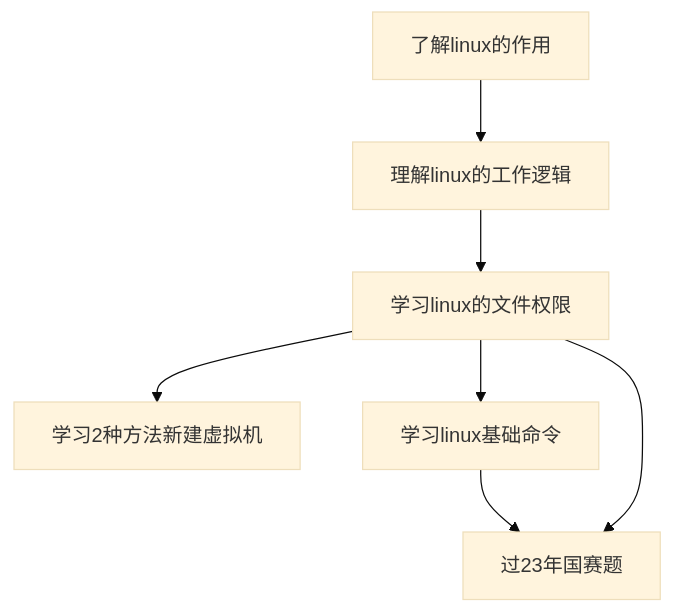
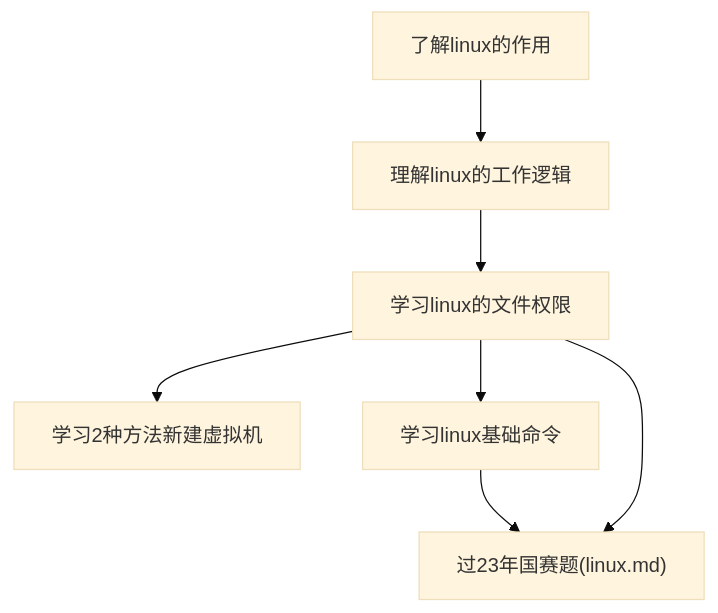
The diagram in linux_note/README_linux.md (ICrazybabyI/note), drawn with Mermaid (base theme) before and after one commit. The commit also changed other lines of this file, not shown here.

Commit message:
vault backup: 2026-04-26 21:49:35

````diff
--- a/linux_note/README_linux.md
+++ b/linux_note/README_linux.md
@@ -2,9 +2,9 @@
 ```mermaid
 graph TD;
   A["了解linux的作用"] --> B["理解linux的工作逻辑"];
   B --> C["学习linux的文件权限"];
   C --> D["学习2种方法新建虚拟机"];
   C --> E["学习linux基础命令"];
-  E --> F["过23年国赛题[^1]"];
-  C --> F["过23年国赛题"];
+  E --> F["过23年国赛题(linux.md)"];
+  C --> F["过23年国赛题(linux.md)"];
 ```
````
